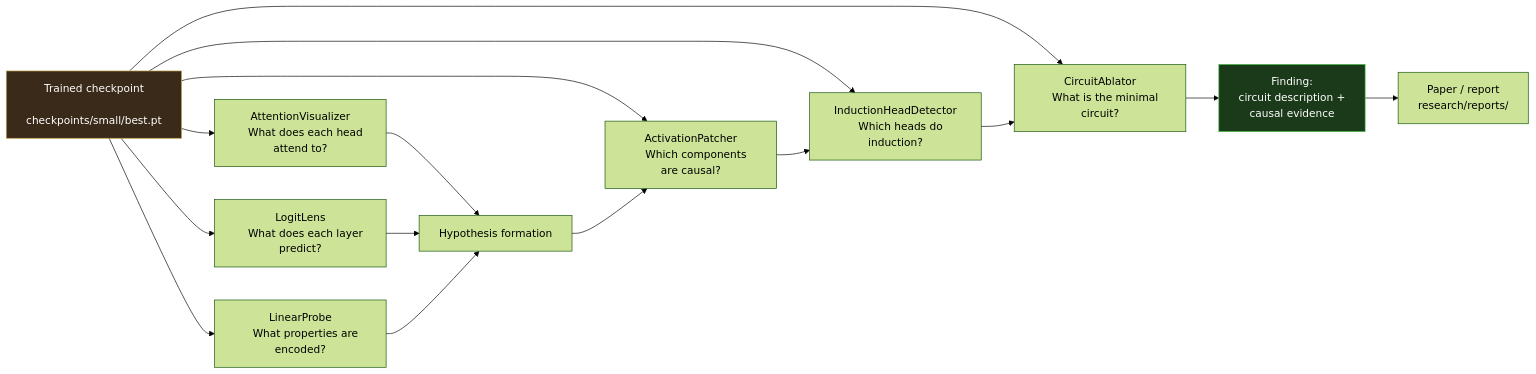
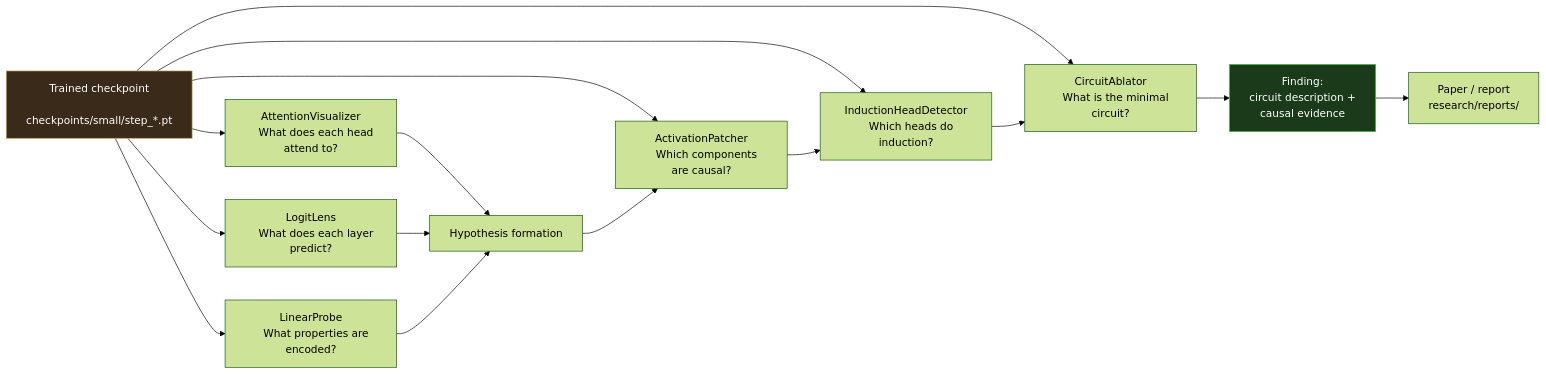
The sixth of 7 diagrams in assets/DIAGRAMS.md (RithvikReddy0-0/KAMUI), drawn with Mermaid (forest theme) before and after one commit. The commit also changed other lines of this file and 24 other files, not shown here.

````diff
--- a/assets/DIAGRAMS.md
+++ b/assets/DIAGRAMS.md
@@ -190,41 +190,41 @@
 ```mermaid
 graph LR
     CKP["Trained checkpoint
-    checkpoints/small/best.pt"]
+    checkpoints/small/step_*.pt"]
 
     CKP --> AV["AttentionVisualizer
     What does each head attend to?"]
 
     CKP --> LL["LogitLens
     What does each layer predict?"]
 
     CKP --> LP["LinearProbe
     What properties are encoded?"]
 
     CKP --> AP["ActivationPatcher
     Which components are causal?"]
 
     CKP --> IH["InductionHeadDetector
     Which heads do induction?"]
 
     CKP --> CA["CircuitAblator
     What is the minimal circuit?"]
 
     AV --> HYP["Hypothesis formation"]
     LL --> HYP
     LP --> HYP
 
     HYP --> AP
     AP --> IH
     IH --> CA
 
     CA --> FND["Finding:
     circuit description +
     causal evidence"]
 
     FND --> PAP["Paper / report
     research/reports/"]
 
     style FND fill:#1a3a1a,stroke:#4ac44a,color:#fff
     style CKP fill:#3a2a1a,stroke:#c4a44a,color:#fff
 ```
````
